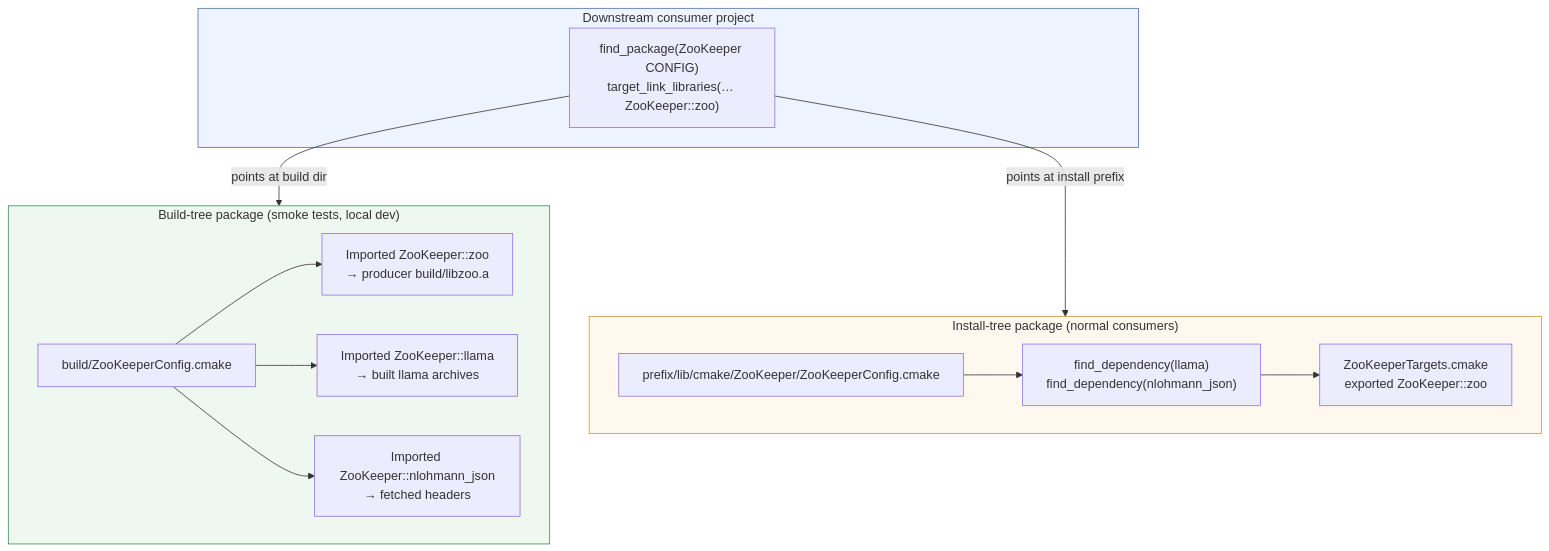
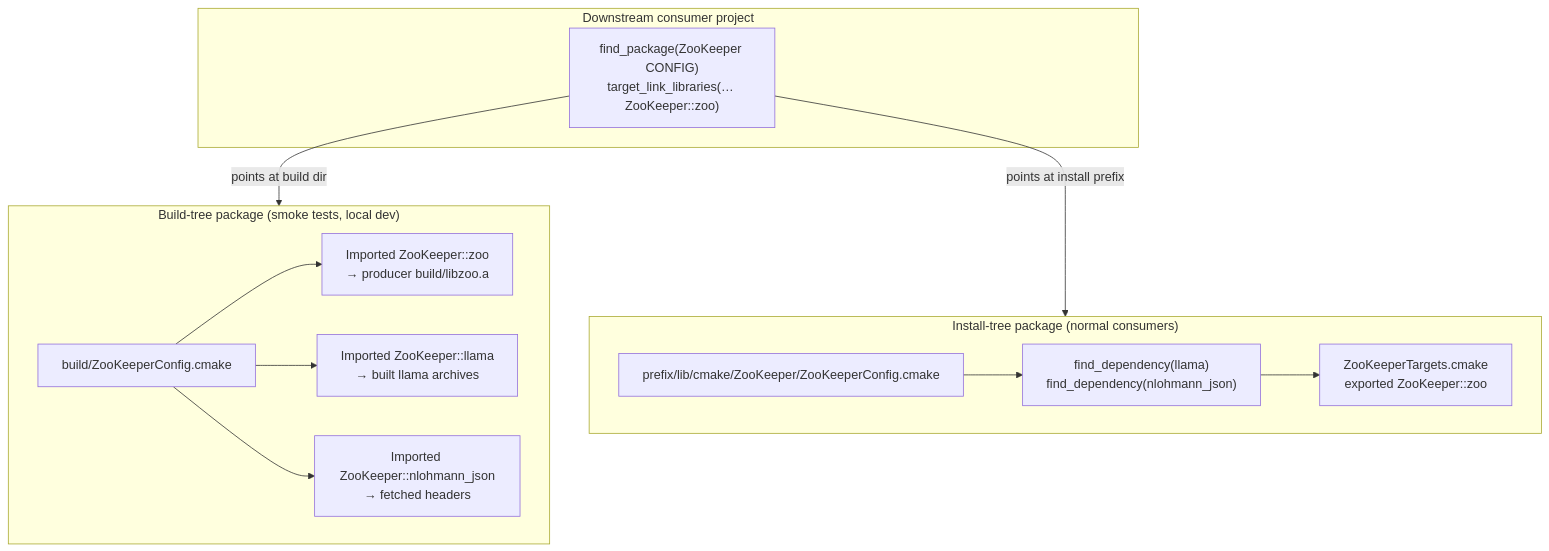
The diagram in docs/maintainer-cmake-packaging.md (crybo-rybo/zoo-keeper), drawn with Mermaid before and after one commit. The commit also changed 6 other files, not shown here.

First line of the commit message:
docs: drop custom Mermaid style overrides for consistent rendering

````diff
--- a/docs/maintainer-cmake-packaging.md
+++ b/docs/maintainer-cmake-packaging.md
@@ -124,30 +124,27 @@
 ```mermaid
 flowchart TB
     subgraph Consumer["Downstream consumer project"]
         CP["find_package(ZooKeeper CONFIG)<br/>target_link_libraries(… ZooKeeper::zoo)"]
     end
 
     subgraph BuildTree["Build-tree package (smoke tests, local dev)"]
         BTC["build/ZooKeeperConfig.cmake"]
         BTZ["Imported ZooKeeper::zoo<br/>→ producer build/libzoo.a"]
         BTL["Imported ZooKeeper::llama<br/>→ built llama archives"]
         BTJ["Imported ZooKeeper::nlohmann_json<br/>→ fetched headers"]
         BTC --> BTZ
         BTC --> BTL
         BTC --> BTJ
     end
 
     subgraph InstallTree["Install-tree package (normal consumers)"]
         ITC["prefix/lib/cmake/ZooKeeper/ZooKeeperConfig.cmake"]
         FD["find_dependency(llama)<br/>find_dependency(nlohmann_json)"]
         TG["ZooKeeperTargets.cmake<br/>exported ZooKeeper::zoo"]
         ITC --> FD --> TG
     end
 
     CP -->|"points at build dir"| BuildTree
     CP -->|"points at install prefix"| InstallTree
 
-    style Consumer fill:#eef4ff,stroke:#4a6fa5
-    style BuildTree fill:#eef8f0,stroke:#3d8b5a
-    style InstallTree fill:#fff8ee,stroke:#c49a3c
 ```
````
